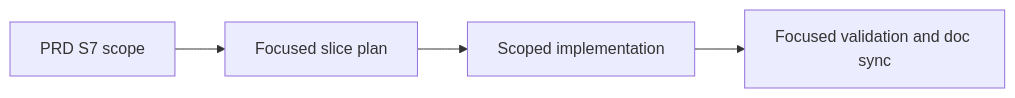
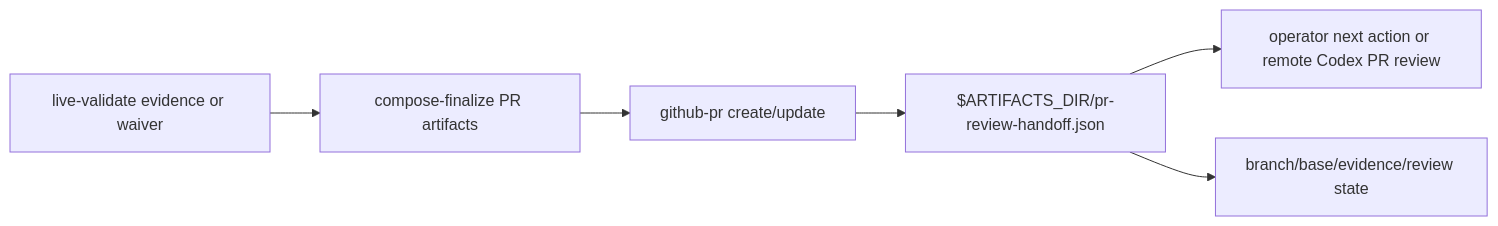
The diagram in docs/plans/r001-archon-piv-loop-codex-v2-s7_plan.md (matzls/Archon), drawn with Mermaid before and after one commit. The commit also changed other lines of this file and 2 other files, not shown here.

First line of the commit message:
docs(workflow): refine S7 handoff plan

````diff
--- a/docs/plans/r001-archon-piv-loop-codex-v2-s7_plan.md
+++ b/docs/plans/r001-archon-piv-loop-codex-v2-s7_plan.md
@@ -41,6 +46,8 @@
 ```mermaid
 flowchart LR
-    A["PRD S7 scope"] --> B["Focused slice plan"]
-    B --> C["Scoped implementation"]
-    C --> D["Focused validation and doc sync"]
+    A["live-validate evidence or waiver"] --> B["compose-finalize PR artifacts"]
+    B --> C["github-pr create/update"]
+    C --> D["$ARTIFACTS_DIR/pr-review-handoff.json"]
+    D --> E["operator next action or remote Codex PR review"]
+    D --> F["branch/base/evidence/review state"]
 ```
````
